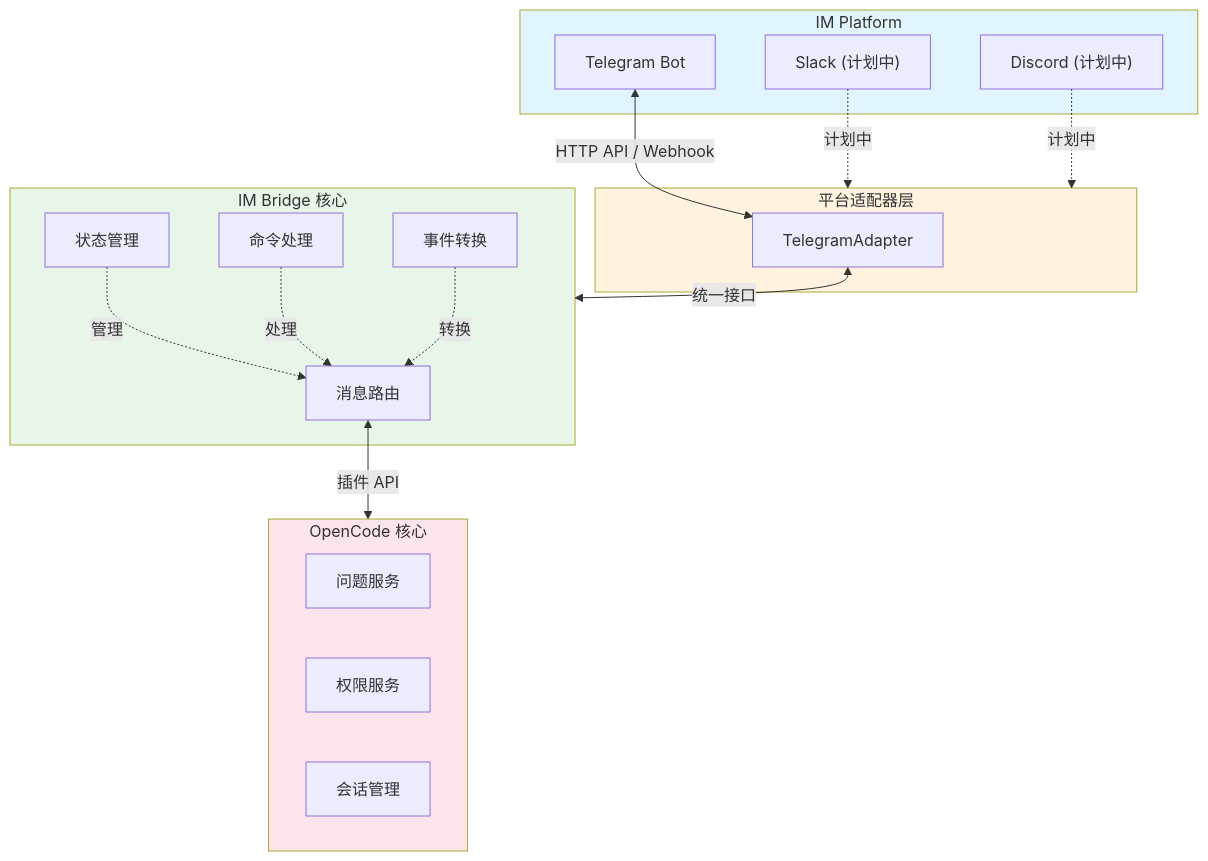
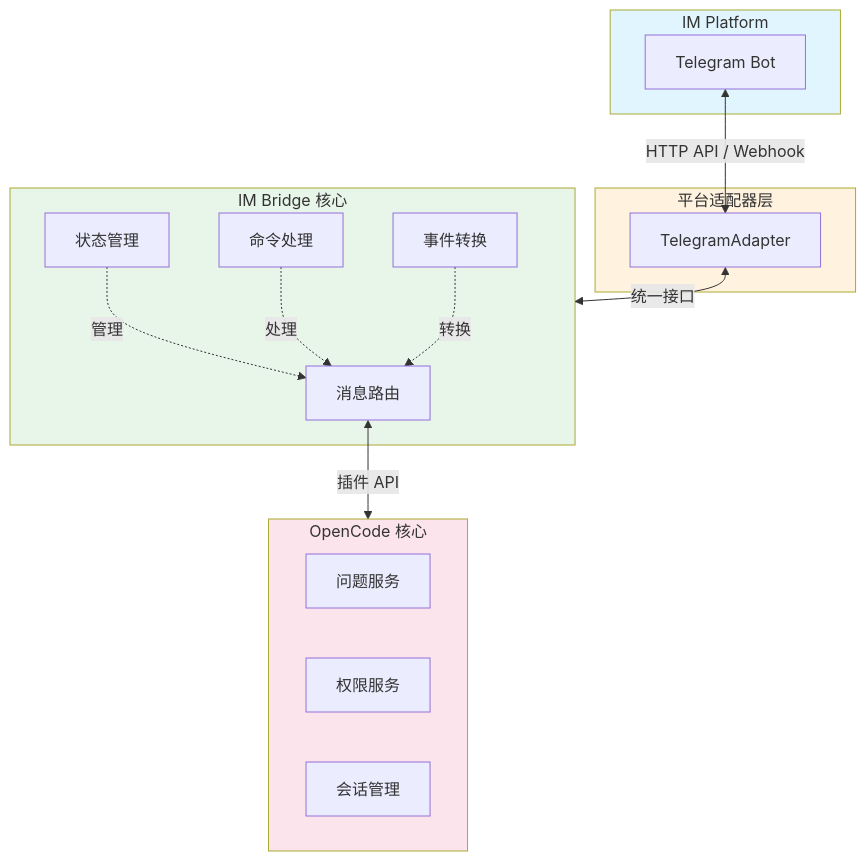
One commit to KrabsWong/opencode-im-bridge changed the diagram in README.md. Above: the diagram before and after it, drawn with Mermaid. The commit also changed other lines of this file, not shown here.

Commit message:
docs: 将 Slack、Discord 状态从计划中改为暂无计划

````diff
--- a/README.md
+++ b/README.md
@@ -271,41 +271,38 @@
 ```mermaid
 flowchart TB
     subgraph IM["IM Platform"]
         TG["Telegram Bot"]
-        SL["Slack (计划中)"]
-        DC["Discord (计划中)"]
     end
 
     subgraph Adapter["平台适配器层"]
         TA["TelegramAdapter"]
     end
 
     subgraph Core["IM Bridge 核心"]
         MR["消息路由"]
         SM["状态管理"]
         CH["命令处理"]
         ET["事件转换"]
     end
 
     subgraph OC["OpenCode 核心"]
         QS["问题服务"]
         PS["权限服务"]
         SesM["会话管理"]
     end
 
     TG <-->|"HTTP API / Webhook"| TA
-    SL -.->|"计划中"| Adapter
-    DC -.->|"计划中"| Adapter
+
 
     TA <-->|"统一接口"| Core
 
     MR <-->|"插件 API"| OC
     SM -.->|"管理"| MR
     CH -.->|"处理"| MR
     ET -.->|"转换"| MR
 
     style IM fill:#e1f5fe
     style Adapter fill:#fff3e0
     style Core fill:#e8f5e9
     style OC fill:#fce4ec
 ```
````
